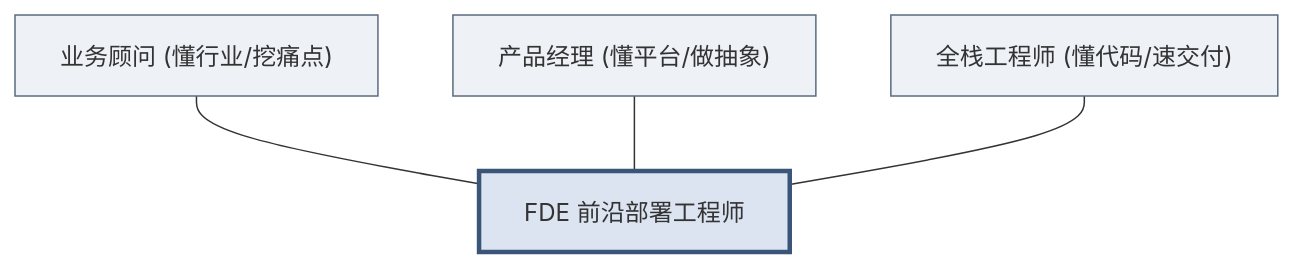
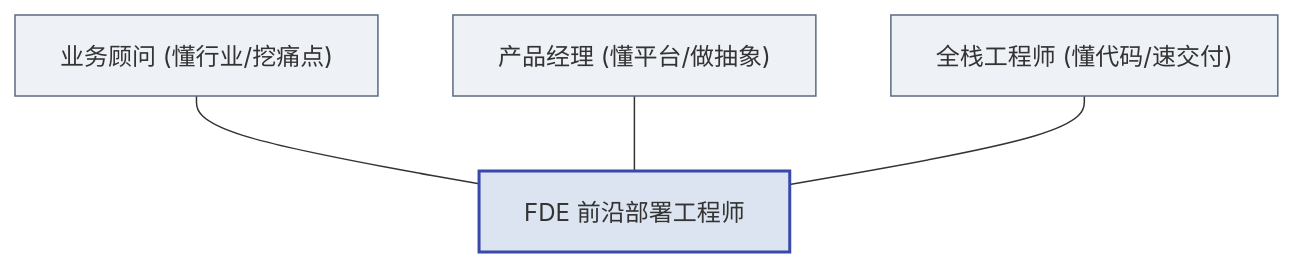
The first of 2 diagrams in textbook/第01章_FDE是什么.md (cloudzun/fde-course), drawn with Mermaid before and after one commit. The commit also changed other lines of this file and 12 other files, not shown here.

Commit message:
style: 全库21张mermaid图规范化——节点ID语义化+品牌色统一+补齐图注，第11章新增反馈环路图

````diff
--- a/textbook/第01章_FDE是什么.md
+++ b/textbook/第01章_FDE是什么.md
@@ -44,15 +44,15 @@
 ```mermaid
 graph TD
-    A["业务顾问 (懂行业/挖痛点)"]
-    B["产品经理 (懂平台/做抽象)"]
-    C["全栈工程师 (懂代码/速交付)"]
+    biz["业务顾问 (懂行业/挖痛点)"]
+    prod["产品经理 (懂平台/做抽象)"]
+    eng["全栈工程师 (懂代码/速交付)"]
     
-    A --- FDE["FDE 前沿部署工程师"]
-    B --- FDE
-    C --- FDE
+    biz --- FDE["FDE 前沿部署工程师"]
+    prod --- FDE
+    eng --- FDE
     
-    style A fill:#eef2f7,stroke:#5a6b7f
-    style B fill:#eef2f7,stroke:#5a6b7f
-    style C fill:#eef2f7,stroke:#5a6b7f
-    style FDE fill:#dbe4f0,stroke:#3a5578,stroke-width:3px
+    style biz fill:#eef2f7,stroke:#5a6b7f
+    style prod fill:#eef2f7,stroke:#5a6b7f
+    style eng fill:#eef2f7,stroke:#5a6b7f
+    style FDE fill:#dbe4f0,stroke:#3949ab,stroke-width:2px
 ```
````
